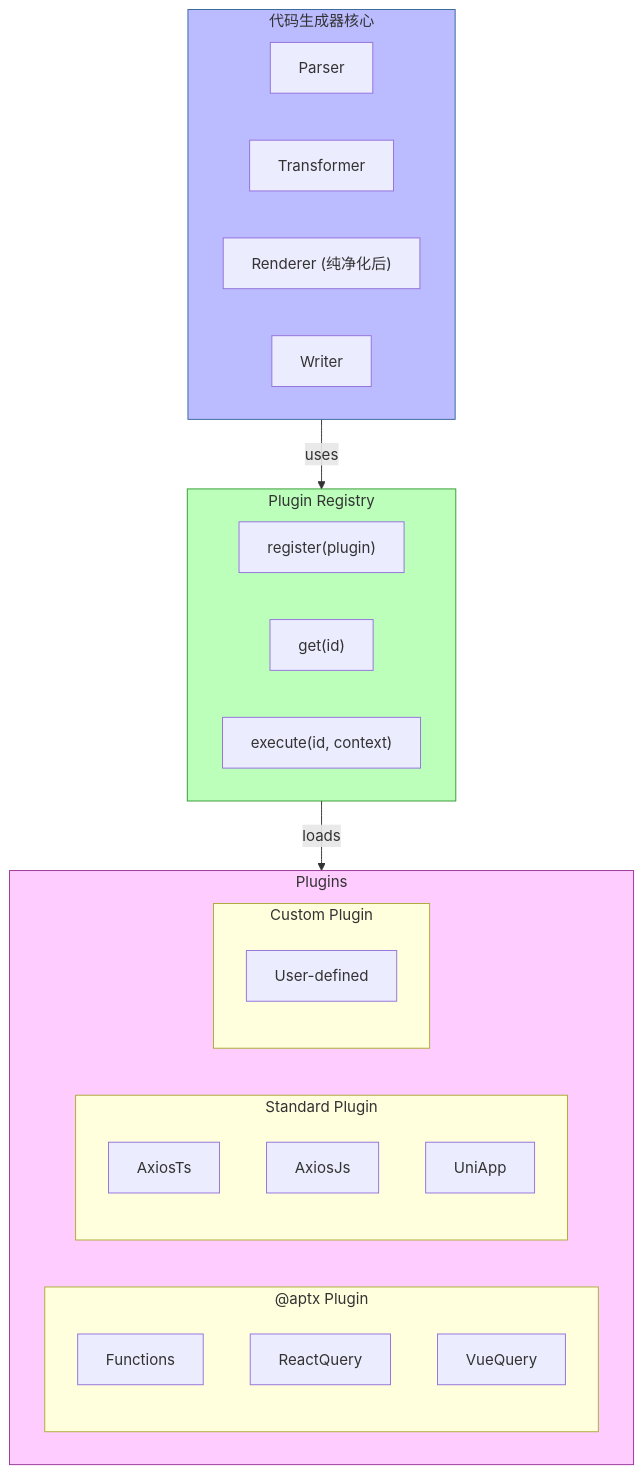
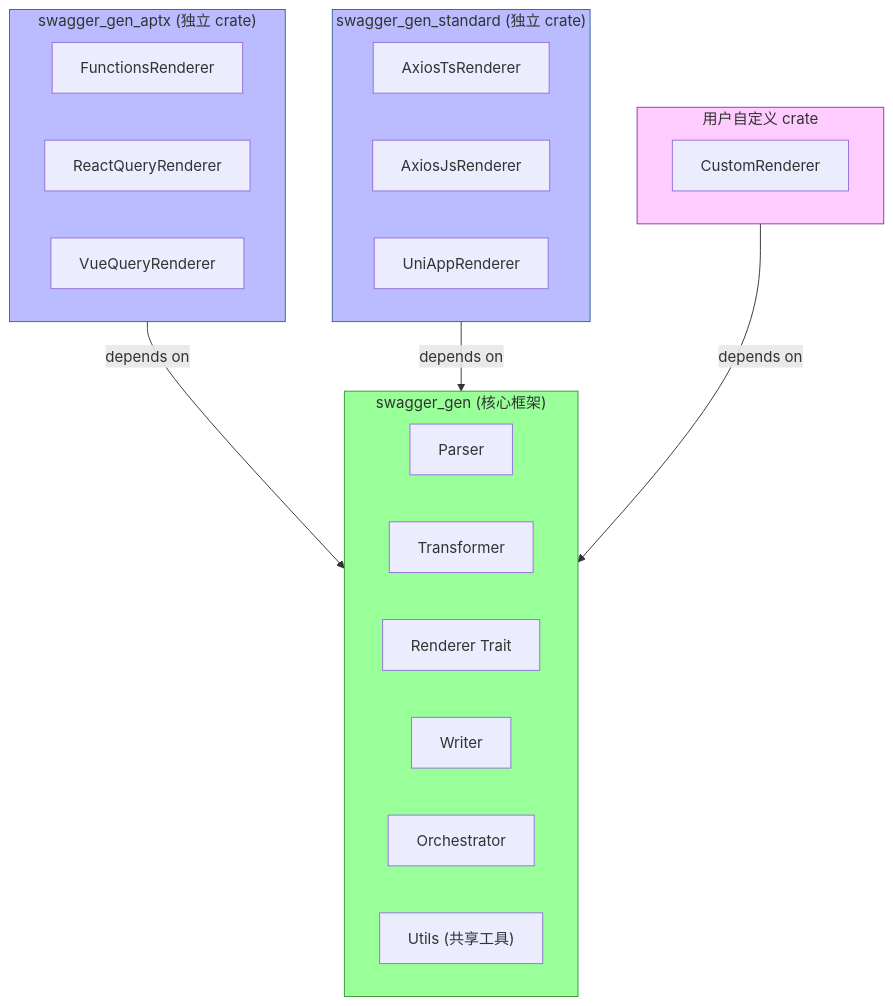
One commit to HaibaraAiAPTX/frontend_tk_rs changed the second of 7 diagrams in docs/architecture-migration.md. Above: the diagram before and after it, drawn with Mermaid. The commit also changed other lines of this file and 71 other files, not shown here.

````diff
--- a/docs/architecture-migration.md
+++ b/docs/architecture-migration.md
@@ -84,40 +82,36 @@
 ```mermaid
 graph TB
-    subgraph Core["代码生成器核心"]
+    subgraph Core["swagger_gen (核心框架)"]
         A["Parser"]
         B["Transformer"]
-        C["Renderer (纯净化后)"]
+        C["Renderer Trait"]
         D["Writer"]
+        E["Orchestrator"]
+        F["Utils (共享工具)"]
     end
 
-    subgraph Registry["Plugin Registry"]
-        E["register(plugin)"]
-        F["get(id)"]
-        G["execute(id, context)"]
+    subgraph Aptx["swagger_gen_aptx (独立 crate)"]
+        H1["FunctionsRenderer"]
+        H2["ReactQueryRenderer"]
+        H3["VueQueryRenderer"]
     end
 
-    subgraph Plugins["Plugins"]
-        subgraph Aptx["@aptx Plugin"]
-            H1["Functions"]
-            H2["ReactQuery"]
-            H3["VueQuery"]
-        end
-
-        subgraph Standard["Standard Plugin"]
-            I1["AxiosTs"]
-            I2["AxiosJs"]
-            I3["UniApp"]
-        end
-
-        subgraph Custom["Custom Plugin"]
-            J1["User-defined"]
-        end
+    subgraph Standard["swagger_gen_standard (独立 crate)"]
+        I1["AxiosTsRenderer"]
+        I2["AxiosJsRenderer"]
+        I3["UniAppRenderer"]
     end
 
-    Core -->|uses| Registry
-    Registry -->|loads| Plugins
+    subgraph Custom["用户自定义 crate"]
+        J1["CustomRenderer"]
+    end
 
-    style Core fill:#bbf,stroke:#369
-    style Registry fill:#bfb,stroke:#393
-    style Plugins fill:#fcf,stroke:#939
+    Aptx -->|depends on| Core
+    Standard -->|depends on| Core
+    Custom -->|depends on| Core
+
+    style Core fill:#9f9,stroke:#393
+    style Aptx fill:#bbf,stroke:#369
+    style Standard fill:#bbf,stroke:#369
+    style Custom fill:#fcf,stroke:#939
 ```
````
